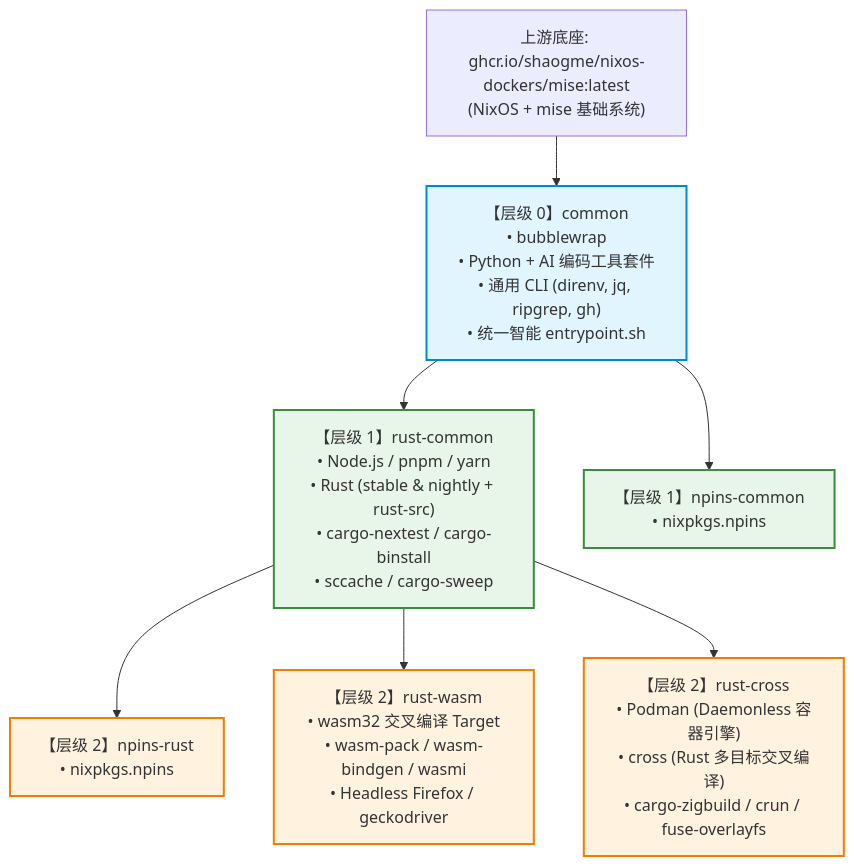
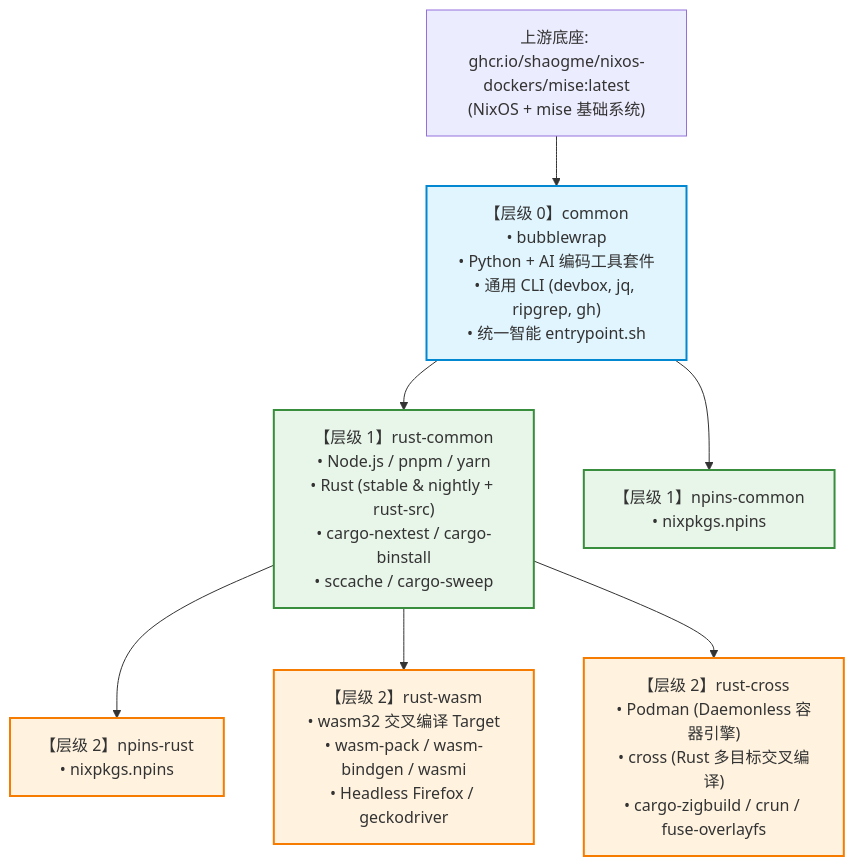
The first of 5 diagrams in README.md (shaogme/coding-images), drawn with Mermaid before and after one commit. The commit also changed other lines of this file and 17 other files, not shown here.

First line of the commit message:
feat(devbox): replace direnv with automatic Devbox integration

````diff
--- a/README.md
+++ b/README.md
@@ -58,31 +58,31 @@
 ```mermaid
 flowchart TD
     Upstream["上游底座: ghcr.io/shaogme/nixos-dockers/mise:latest<br/>(NixOS + mise 基础系统)"]
     
-    Common["【层级 0】common<br/>• bubblewrap<br/>• Python + AI 编码工具套件<br/>• 通用 CLI (direnv, jq, ripgrep, gh)<br/>• 统一智能 entrypoint.sh"]
+    Common["【层级 0】common<br/>• bubblewrap<br/>• Python + AI 编码工具套件<br/>• 通用 CLI (devbox, jq, ripgrep, gh)<br/>• 统一智能 entrypoint.sh"]
     
     RustCommon["【层级 1】rust-common<br/>• Node.js / pnpm / yarn<br/>• Rust (stable & nightly + rust-src)<br/>• cargo-nextest / cargo-binstall<br/>• sccache / cargo-sweep"]
     
     NpinsCommon["【层级 1】npins-common<br/>• nixpkgs.npins"]
     
     RustWasm["【层级 2】rust-wasm<br/>• wasm32 交叉编译 Target<br/>• wasm-pack / wasm-bindgen / wasmi<br/>• Headless Firefox / geckodriver"]
     
     RustCross["【层级 2】rust-cross<br/>• Podman (Daemonless 容器引擎)<br/>• cross (Rust 多目标交叉编译)<br/>• cargo-zigbuild / crun / fuse-overlayfs"]
 
     NpinsRust["【层级 2】npins-rust<br/>• nixpkgs.npins"]
 
     Upstream --> Common
     Common --> NpinsCommon
     Common --> RustCommon
     RustCommon --> NpinsRust
     RustCommon --> RustWasm
     RustCommon --> RustCross
 
     classDef base fill:#e1f5fe,stroke:#0288d1,stroke-width:2px;
     classDef l1 fill:#e8f5e9,stroke:#388e3c,stroke-width:2px;
     classDef l2 fill:#fff3e0,stroke:#f57c00,stroke-width:2px;
 
     class Common base;
     class NpinsCommon,RustCommon l1;
     class NpinsRust,RustWasm,RustCross l2;
 ```
````
